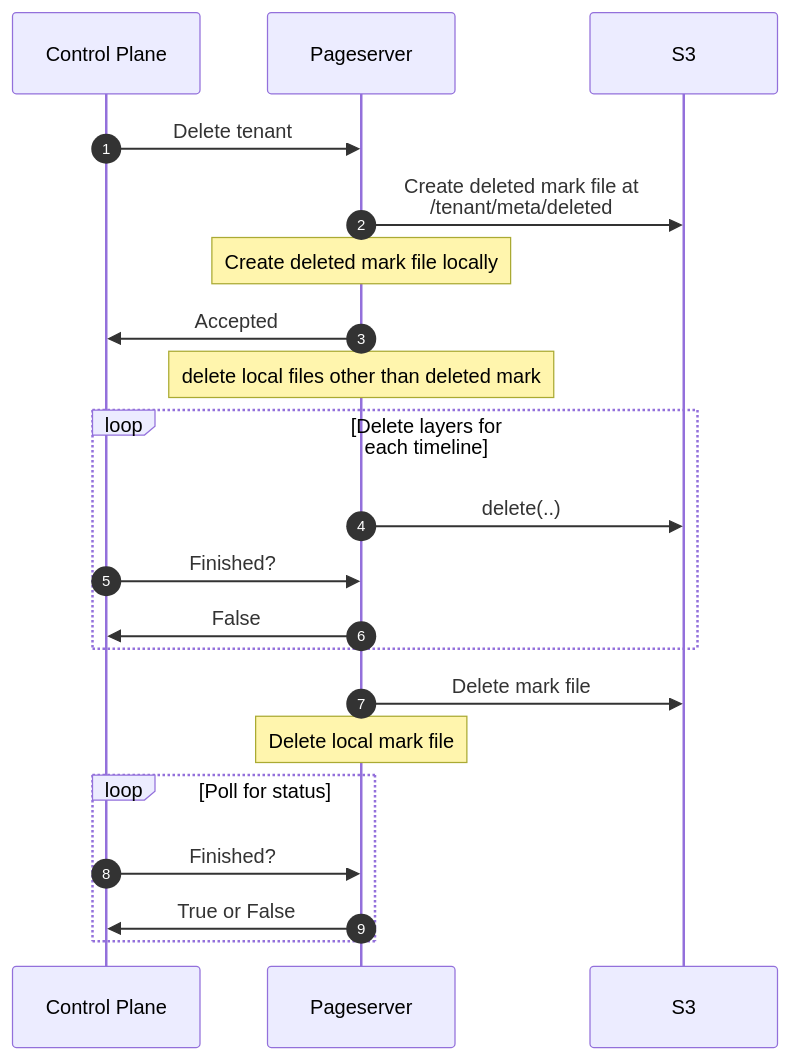
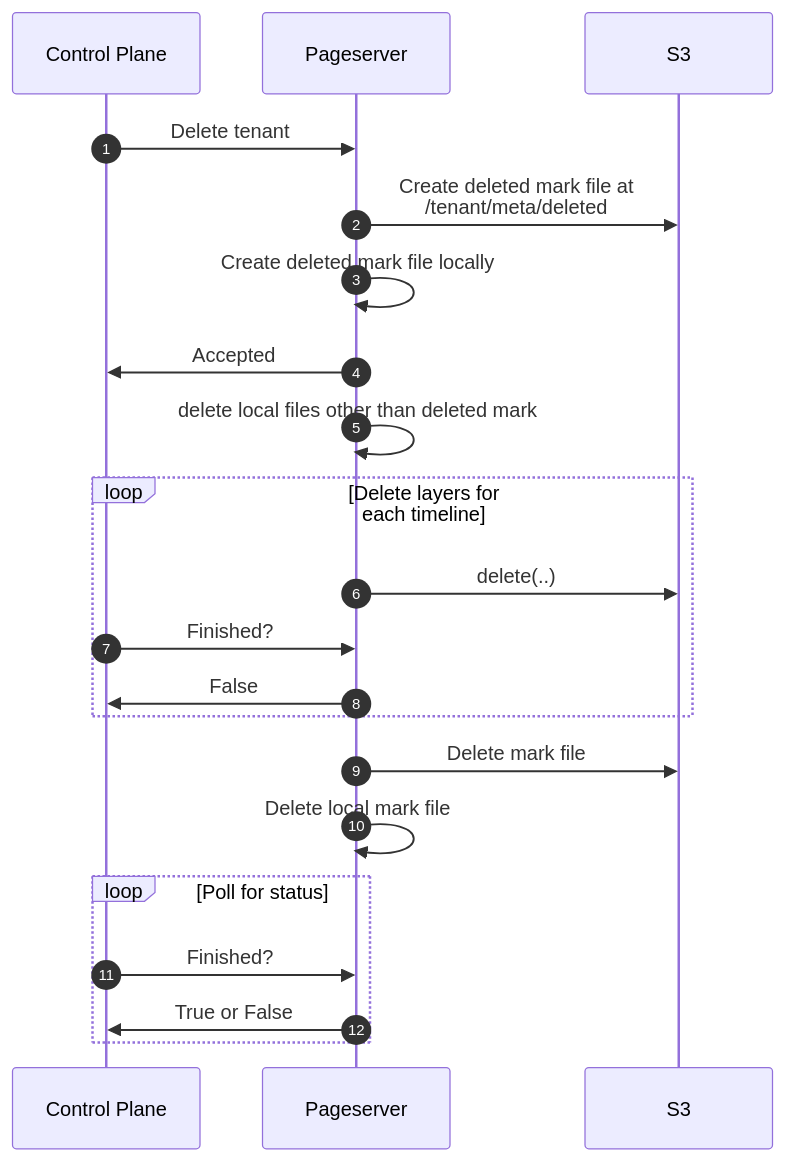
The first of 4 diagrams in docs/rfcs/022-pageserver-delete-from-s3.md (neondatabase/neon), drawn with Mermaid before and after one commit. The commit also changed other lines of this file, not shown here.

````diff
--- a/docs/rfcs/022-pageserver-delete-from-s3.md
+++ b/docs/rfcs/022-pageserver-delete-from-s3.md
@@ -41,25 +43,25 @@
 ```mermaid
 sequenceDiagram
     autonumber
     participant CP as Control Plane
     participant PS as Pageserver
     participant S3
 
     CP->>PS: Delete tenant
     PS->>S3: Create deleted mark file at <br> /tenant/meta/deleted
-    note over PS: Create deleted mark file locally
+    PS->>PS: Create deleted mark file locally
     PS->>CP: Accepted
-    note over PS: delete local files other than deleted mark
+    PS->>PS: delete local files other than deleted mark
     loop Delete layers for each timeline
         PS->>S3: delete(..)
         CP->>PS: Finished?
         PS->>CP: False
     end
     PS->>S3: Delete mark file
-    note over PS: Delete local mark file
+    PS->>PS: Delete local mark file
 
     loop Poll for status
         CP->>PS: Finished?
         PS->>CP: True or False
     end
 ```
````
